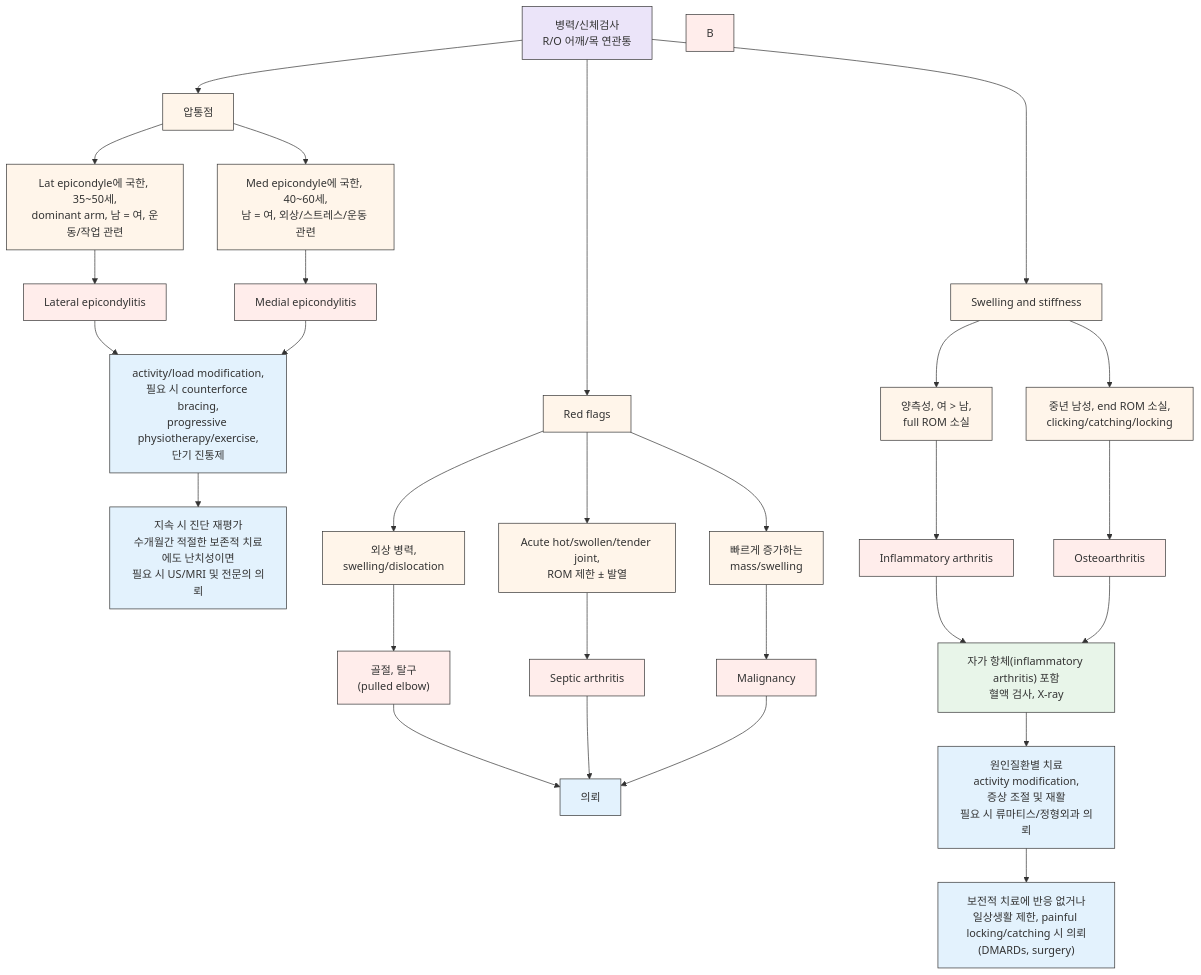
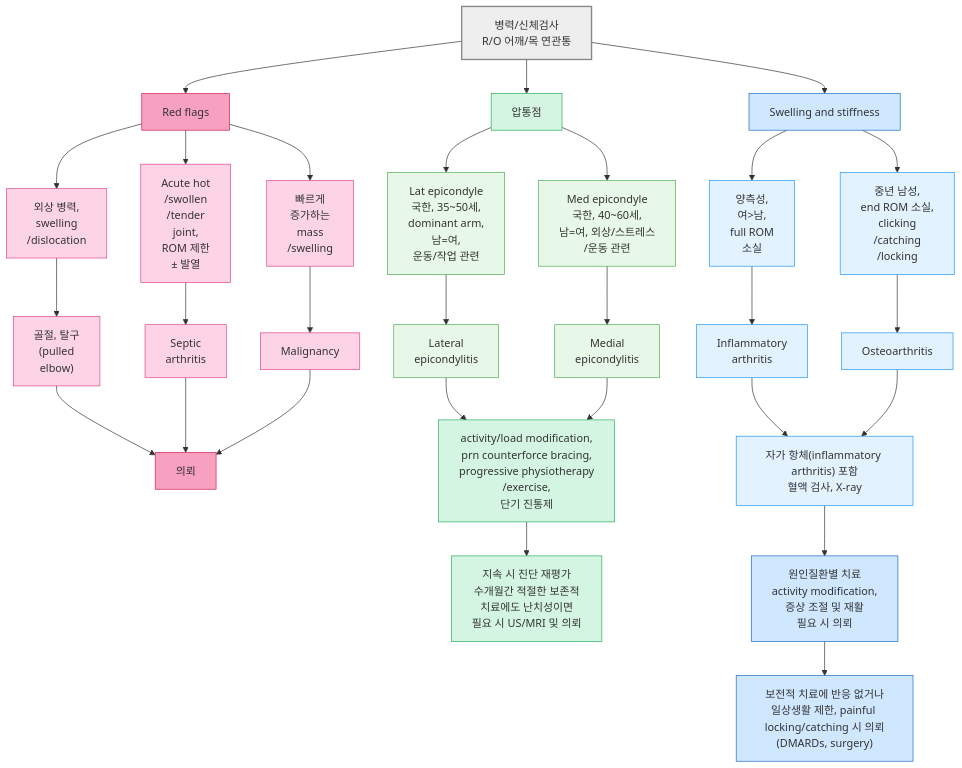
Before and after one commit to familyoh77/familyoh77: the diagram in 228_/140_-elbow-pain.md, drawn with Mermaid.

Commit message:
GITBOOK-1377: No subject

````diff
--- a/228_/140_-elbow-pain.md
+++ b/228_/140_-elbow-pain.md
@@ -111,76 +111,50 @@
 ```mermaid
 graph TD
-    A["병력/신체검사<br>R/O 어깨/목 연관통"]
-   
+    A["병력/신체검사<br/>R/O 어깨/목 연관통"]
+    A --> C["Red flags"]
+    A --> D["압통점"]
+    A --> E["Swelling and stiffness"]
 
-
-    A --> D["압통점"]
-    A -----> C["Red flags"]
-        A ----> E["Swelling and stiffness"]
-
-
-
-    %% 압통점 branch
-    D --> D1["Lat epicondyle에 국한, 35~50세,<br/>dominant arm, 남 = 여, 운동/작업 관련"]
-    D --> D2["Med epicondyle에 국한, 40~60세,<br/>남 = 여, 외상/스트레스/운동 관련"]
-
-    D1 --> R4["Lateral epicondylitis"]
-    D2 --> R5["Medial epicondylitis"]
-
-    R4 --> T1["activity/load modification,<br/>필요 시 counterforce bracing,<br/>progressive physiotherapy/exercise,<br/>단기 진통제"]
-    R5 --> T1
-
-    T1 --> T2["지속 시 진단 재평가<br/>수개월간 적절한 보존적 치료에도 난치성이면<br/>필요 시 US/MRI 및 전문의 의뢰"]
     %% Red flags branch
-    C --> C1["외상 병력,<br/>swelling/dislocation"]
-    C --> C2["Acute hot/swollen/tender joint,<br/>ROM 제한 ± 발열"]
-    C --> C3["빠르게 증가하는<br/>mass/swelling"]
-
-    C1 --> R1["골절, 탈구<br/>(pulled elbow)"]
-    C2 --> R2["Septic arthritis"]
+    C --> C1["외상 병력,<br/>swelling<br/>/dislocation"]
+    C --> C2["Acute hot<br/>/swollen<br/>/tender <br/>joint,<br/>ROM 제한<br/> ± 발열"]
+    C --> C3["빠르게 <br/>증가하는<br/>mass<br/>/swelling"]
+    C1 --> R1["골절, 탈구<br/>(pulled <br/>elbow)"]
+    C2 --> R2["Septic <br/>arthritis"]
     C3 --> R3["Malignancy"]
-
     R1 --> X["의뢰"]
     R2 --> X
     R3 --> X
+
+    %% 압통점 branch
+    D --> D1["Lat epicondyle<br/>국한, 35~50세,<br/>dominant arm, <br/>남=여, <br/>운동/작업 관련"]
+    D --> D2["Med epicondyle<br/>국한, 40~60세,<br/>남=여, 외상/스트레스<br/>/운동 관련"]
+    D1 --> R4["Lateral <br/>epicondylitis"]
+    D2 --> R5["Medial <br/>epicondylitis"]
+    R4 --> T1["activity/load modification,<br/>prn counterforce bracing,<br/>progressive physiotherapy<br/>/exercise,<br/>단기 진통제"]
+    R5 --> T1
+    T1 --> T2["지속 시 진단 재평가<br/>수개월간 적절한 보존적 <br/>치료에도 난치성이면<br/>필요 시 US/MRI 및 의뢰"]
+
     %% Swelling and stiffness branch
-    E --> E1["양측성, 여 > 남,<br/>full ROM 소실"]
-    E --> E2["중년 남성, end ROM 소실,<br/>clicking/catching/locking"]
-
-    E1 --> R6["Inflammatory arthritis"]
+    E --> E1["양측성, <br/>여>남,<br/>full ROM <br/>소실"]
+    E --> E2["중년 남성, <br/>end ROM 소실,<br/>clicking<br/>/catching<br/>/locking"]
+    E1 --> R6["Inflammatory <br/>arthritis"]
     E2 --> R7["Osteoarthritis"]
-
     R6 --> T3["자가 항체(inflammatory arthritis) 포함<br/>혈액 검사, X-ray"]
     R7 --> T3
-
-    T3 --> T4["원인질환별 치료<br/>activity modification,<br/>증상 조절 및 재활<br/>필요 시 류마티스/정형외과 의뢰"]
-
+    T3 --> T4["원인질환별 치료<br/>activity modification,<br/>증상 조절 및 재활<br/>필요 시 의뢰"]
     T4 --> T5["보전적 치료에 반응 없거나<br/>일상생활 제한, painful locking/catching 시 의뢰<br/>(DMARDs, surgery)"]
-
-    %% Direct Styling for Maximum Compatibility
-    style A fill:#EBE4F9,stroke:#333,stroke-width:1px
-    style B fill:#FFEDEB,stroke:#333,stroke-width:1px
-    style C fill:#FFF5EA,stroke:#333,stroke-width:1px
-    style D fill:#FFF5EA,stroke:#333,stroke-width:1px
-    style E fill:#FFF5EA,stroke:#333,stroke-width:1px
-    style C1 fill:#FFF5EA,stroke:#333,stroke-width:1px
-    style C2 fill:#FFF5EA,stroke:#333,stroke-width:1px
-    style C3 fill:#FFF5EA,stroke:#333,stroke-width:1px
-    style D1 fill:#FFF5EA,stroke:#333,stroke-width:1px
-    style D2 fill:#FFF5EA,stroke:#333,stroke-width:1px
-    style E1 fill:#FFF5EA,stroke:#333,stroke-width:1px
-    style E2 fill:#FFF5EA,stroke:#333,stroke-width:1px
-    style R1 fill:#FFEDEB,stroke:#333,stroke-width:1px
-    style R2 fill:#FFEDEB,stroke:#333,stroke-width:1px
-    style R3 fill:#FFEDEB,stroke:#333,stroke-width:1px
-    style R4 fill:#FFEDEB,stroke:#333,stroke-width:1px
-    style R5 fill:#FFEDEB,stroke:#333,stroke-width:1px
-    style R6 fill:#FFEDEB,stroke:#333,stroke-width:1px
-    style R7 fill:#FFEDEB,stroke:#333,stroke-width:1px
-    style X fill:#E3F2FD,stroke:#333,stroke-width:1px
-    style T1 fill:#E3F2FD,stroke:#333,stroke-width:1px
-    style T2 fill:#E3F2FD,stroke:#333,stroke-width:1px
-    style T3 fill:#E8F5E9,stroke:#333,stroke-width:1px
-    style T4 fill:#E3F2FD,stroke:#333,stroke-width:1px
-    style T5 fill:#E3F2FD,stroke:#333,stroke-width:1px
+style A fill:#eeeeee,stroke:#888888,stroke-width:2px
+classDef redflags fill:#f8a0c0,stroke:#d01f5a
+class C,X redflags
+classDef cgroup fill:#fcd4e6,stroke:#e0448e
+class C1,C2,C3,R1,R2,R3 cgroup
+classDef green fill:#d5f5e3,stroke:#27ae60
+class D,T1,T2 green
+classDef lightGreen fill:#e8f8e8,stroke:#4caf50
+class D1,D2,R4,R5 lightGreen
+classDef sky fill:#e3f2ff,stroke:#2196f3
+class E1,E2,R6,R7,T3 sky
+classDef blue fill:#d0e8ff,stroke:#1a6abf
+class E,T4,T5 blue
 ```
````
